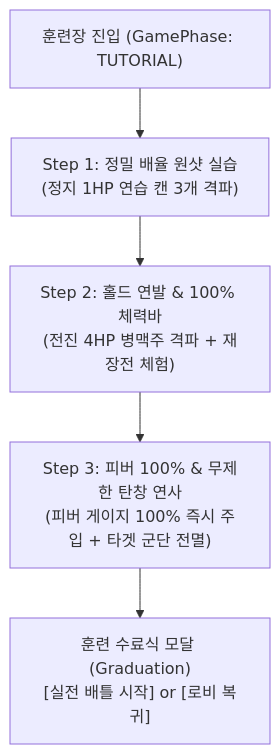
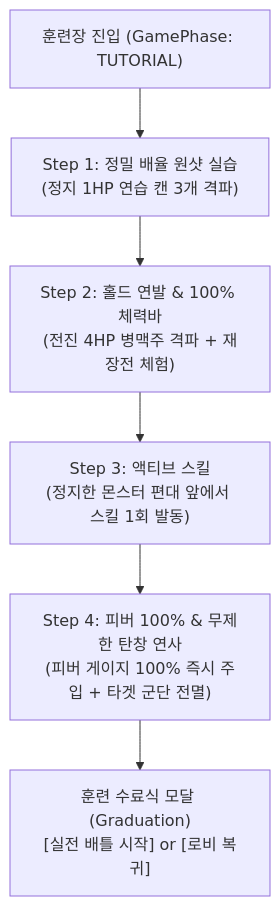
The second of 2 diagrams in docs/튜토리얼_훈련장_가이드.md (ChaJiYoung/ob-crash-game), drawn with Mermaid before and after one commit. The commit also changed other lines of this file and 8 other files, not shown here.

````diff
--- a/docs/튜토리얼_훈련장_가이드.md
+++ b/docs/튜토리얼_훈련장_가이드.md
@@ -110,7 +111,8 @@
 ```mermaid
 flowchart TD
     Start["훈련장 진입 (GamePhase: TUTORIAL)"] --> S1["Step 1: 정밀 배율 원샷 실습\n(정지 1HP 연습 캔 3개 격파)"]
     S1 --> S2["Step 2: 홀드 연발 & 100% 체력바\n(전진 4HP 병맥주 격파 + 재장전 체험)"]
-    S2 --> S3["Step 3: 피버 100% & 무제한 탄창 연사\n(피버 게이지 100% 즉시 주입 + 타겟 군단 전멸)"]
-    S3 --> Grad["훈련 수료식 모달 (Graduation)\n[실전 배틀 시작] or [로비 복귀]"]
+    S2 --> S3["Step 3: 액티브 스킬\n(정지한 몬스터 편대 앞에서 스킬 1회 발동)"]
+    S3 --> S4["Step 4: 피버 100% & 무제한 탄창 연사\n(피버 게이지 100% 즉시 주입 + 타겟 군단 전멸)"]
+    S4 --> Grad["훈련 수료식 모달 (Graduation)\n[실전 배틀 시작] or [로비 복귀]"]
 ```
````
